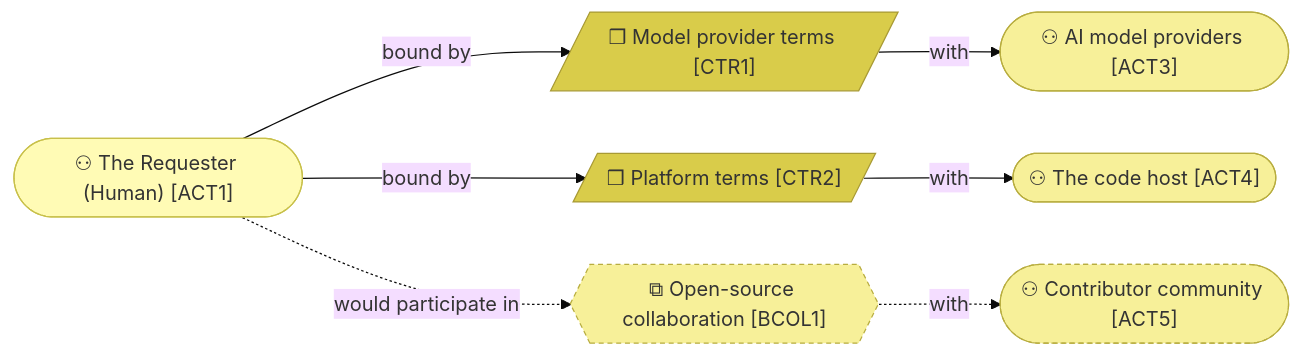
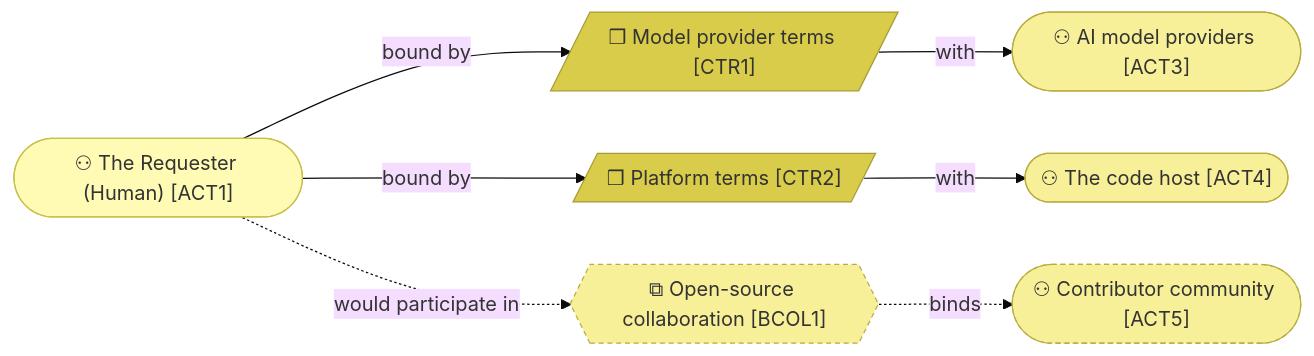
One commit to roanboc/architecture-archreator changed the third of 3 diagrams in org-archreator/architecture/2_business/1_business-actors-and-roles.md. Above: the diagram before and after it, drawn with Mermaid (base theme). The commit also changed other lines of this file and 23 other files, not shown here.

````diff
--- a/org-archreator/architecture/2_business/1_business-actors-and-roles.md
+++ b/org-archreator/architecture/2_business/1_business-actors-and-roles.md
@@ -112,23 +112,23 @@
 ```mermaid
 flowchart LR
   act1(["⚇ The Requester (Human) [ACT1]"]):::actor
   act3(["⚇ AI model providers [ACT3]"]):::external
   act4(["⚇ The code host [ACT4]"]):::external
   act5(["⚇ Contributor community [ACT5]"]):::pending
 
   ctr1[/"❒ Model provider terms [CTR1]"/]:::contract
   ctr2[/"❒ Platform terms [CTR2]"/]:::contract
   bcol1{{"⧉ Open-source collaboration [BCOL1]"}}:::pending
 
   act1 -->|bound by| ctr1
   ctr1 -->|with| act3
   act1 -->|bound by| ctr2
   ctr2 -->|with| act4
   act1 -.->|would participate in| bcol1
-  bcol1 -.->|with| act5
+  bcol1 -.->|binds| act5
 
   classDef actor fill:#fffbb5,stroke:#c8c04a,color:#333
   classDef external fill:#f7f099,stroke:#b8ad3f,color:#333
   classDef contract fill:#d9cc4a,stroke:#a89a34,color:#333
   classDef pending fill:#f7f099,stroke:#b8ad3f,color:#333,stroke-dasharray: 4 3
 ```
````
